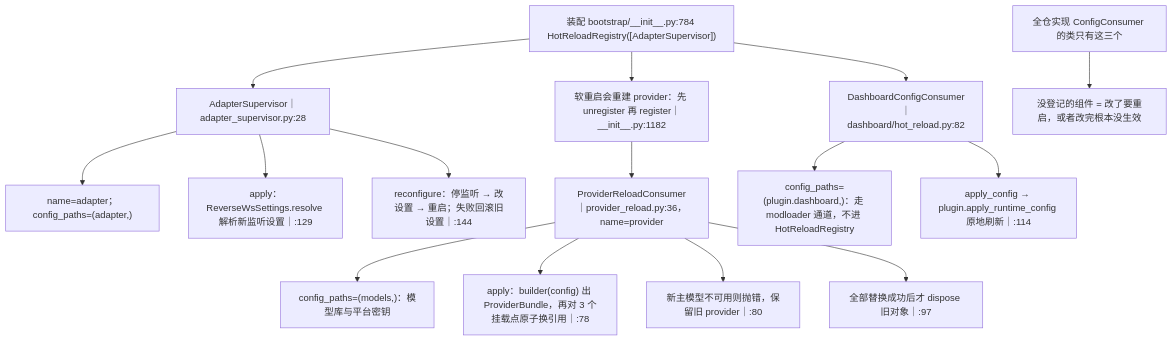
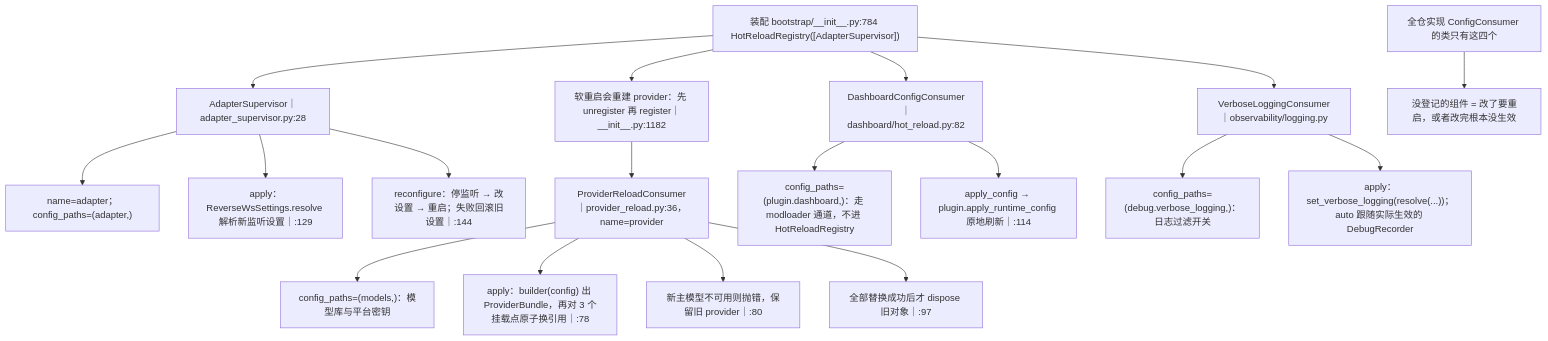
One commit to SuperQuail/NeoBot changed the seventh of 12 diagrams in docs/flow/01b-config-system.md. Above: the diagram before and after it, drawn with Mermaid. The commit also changed other lines of this file and 12 other files, not shown here.

First line of the commit message:
fix(logging): 详细日志开关跟随实际生效的 DebugRecorder

````diff
--- a/docs/flow/01b-config-system.md
+++ b/docs/flow/01b-config-system.md
@@ -265,17 +265,20 @@
 ```mermaid
 flowchart TD
     A["装配 bootstrap/__init__.py:784 HotReloadRegistry([AdapterSupervisor])"] --> B["AdapterSupervisor｜adapter_supervisor.py:28"]
     B --> B1["name=adapter；config_paths=(adapter,)"]
     B --> B2["apply：ReverseWsSettings.resolve 解析新监听设置｜:129"]
     B --> B3["reconfigure：停监听 → 改设置 → 重启；失败回滚旧设置｜:144"]
     A --> C["软重启会重建 provider：先 unregister 再 register｜__init__.py:1182"]
     C --> D["ProviderReloadConsumer｜provider_reload.py:36，name=provider"]
     D --> D1["config_paths=(models,)：模型库与平台密钥"]
     D --> D2["apply：builder(config) 出 ProviderBundle，再对 3 个挂载点原子换引用｜:78"]
     D --> D3["新主模型不可用则抛错，保留旧 provider｜:80"]
     D --> D4["全部替换成功后才 dispose 旧对象｜:97"]
     A --> E["DashboardConfigConsumer｜dashboard/hot_reload.py:82"]
     E --> E1["config_paths=(plugin.dashboard,)：走 modloader 通道，不进 HotReloadRegistry"]
     E --> E2["apply_config → plugin.apply_runtime_config 原地刷新｜:114"]
-    F["全仓实现 ConfigConsumer 的类只有这三个"] --> G["没登记的组件 = 改了要重启，或者改完根本没生效"]
+    A --> H["VerboseLoggingConsumer｜observability/logging.py"]
+    H --> H1["config_paths=(debug.verbose_logging,)：日志过滤开关"]
+    H --> H2["apply：set_verbose_logging(resolve(...))；auto 跟随实际生效的 DebugRecorder"]
+    F["全仓实现 ConfigConsumer 的类只有这四个"] --> G["没登记的组件 = 改了要重启，或者改完根本没生效"]
 ```
````
